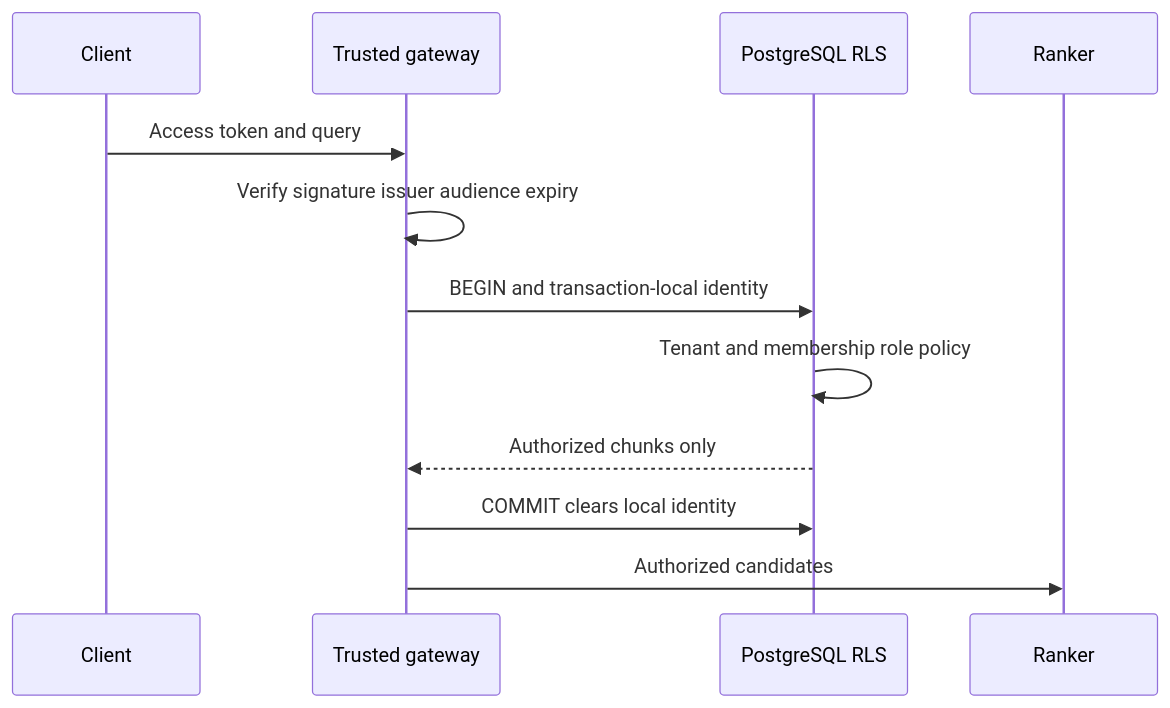
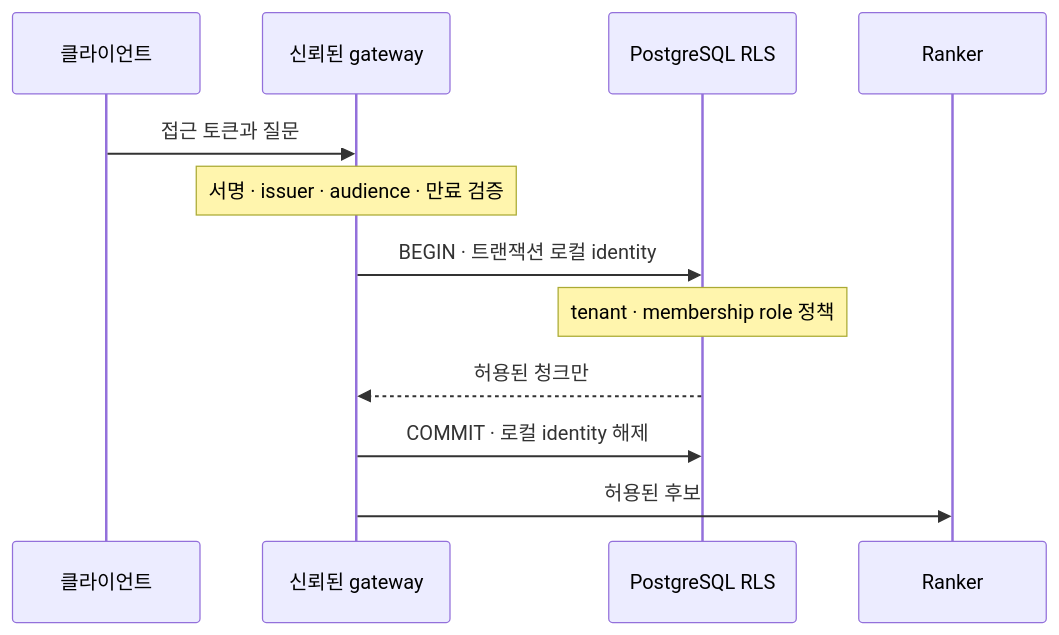
The sixth of 17 diagrams in docs/fde-prezi-ko.md (jay-jang/preparing-fde), drawn with Mermaid before and after one commit. The commit also changed other lines of this file and 75 other files, not shown here.

````diff
--- a/docs/fde-prezi-ko.md
+++ b/docs/fde-prezi-ko.md
@@ -298,14 +408,14 @@
 ```mermaid
 sequenceDiagram
-  participant U as Client
-  participant G as Trusted gateway
+  participant U as 클라이언트
+  participant G as 신뢰된 gateway
   participant D as PostgreSQL RLS
   participant R as Ranker
-  U->>G: Access token and query
-  G->>G: Verify signature issuer audience expiry
-  G->>D: BEGIN and transaction-local identity
-  D->>D: Tenant and membership role policy
-  D-->>G: Authorized chunks only
-  G->>D: COMMIT clears local identity
-  G->>R: Authorized candidates
+  U->>G: 접근 토큰과 질문
+  Note over G: 서명 · issuer · audience · 만료 검증
+  G->>D: BEGIN · 트랜잭션 로컬 identity
+  Note over D: tenant · membership role 정책
+  D-->>G: 허용된 청크만
+  G->>D: COMMIT · 로컬 identity 해제
+  G->>R: 허용된 후보
 ```
````
